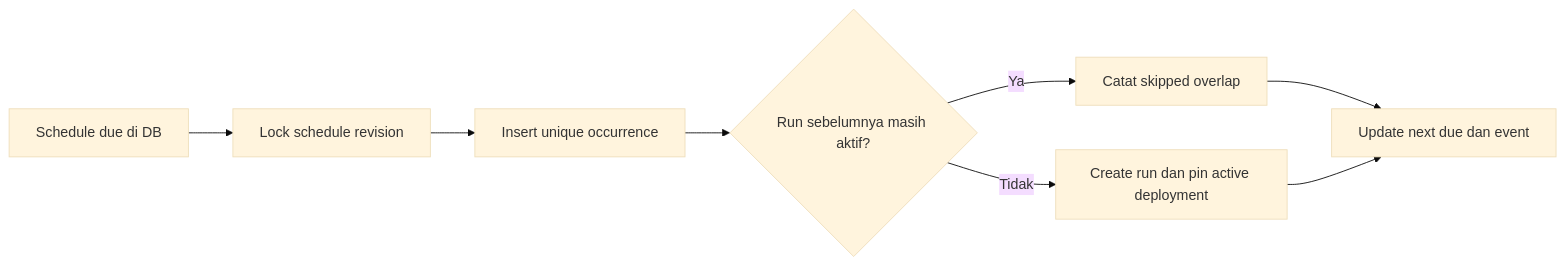
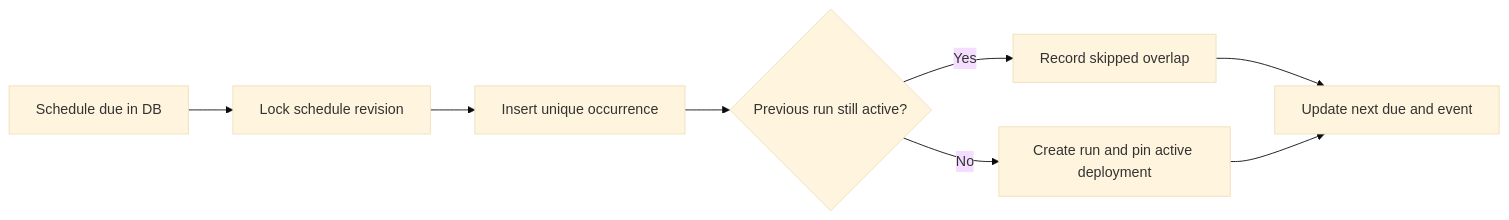
One commit to Ryanakml/Deadbolt changed the seventh of 10 diagrams in raw_idea_plan.md. Above: the diagram before and after it, drawn with Mermaid (base theme). The commit also changed other lines of this file and 1 other file, not shown here.

````diff
--- a/raw_idea_plan.md
+++ b/raw_idea_plan.md
@@ -679,10 +713,10 @@
 ```mermaid
 flowchart LR
-    Due[Schedule due di DB] --> Lock[Lock schedule revision]
+    Due[Schedule due in DB] --> Lock[Lock schedule revision]
     Lock --> Occ[Insert unique occurrence]
-    Occ --> Check{Run sebelumnya masih aktif?}
-    Check -->|Ya| Skip[Catat skipped overlap]
-    Check -->|Tidak| Run[Create run dan pin active deployment]
-    Skip --> Next[Update next due dan event]
+    Occ --> Check{Previous run still active?}
+    Check -->|Yes| Skip[Record skipped overlap]
+    Check -->|No| Run[Create run and pin active deployment]
+    Skip --> Next[Update next due and event]
     Run --> Next
 ```
````
